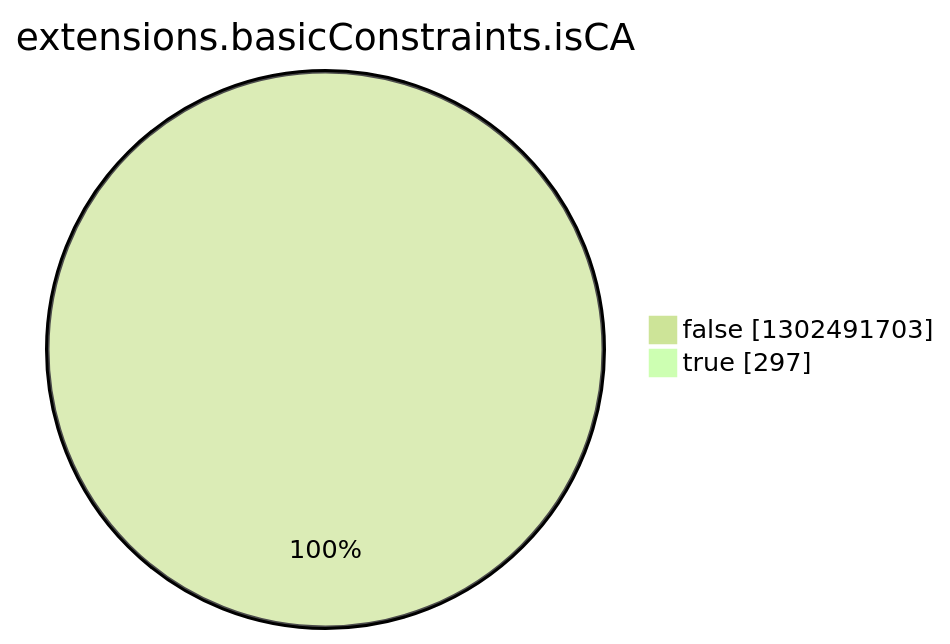
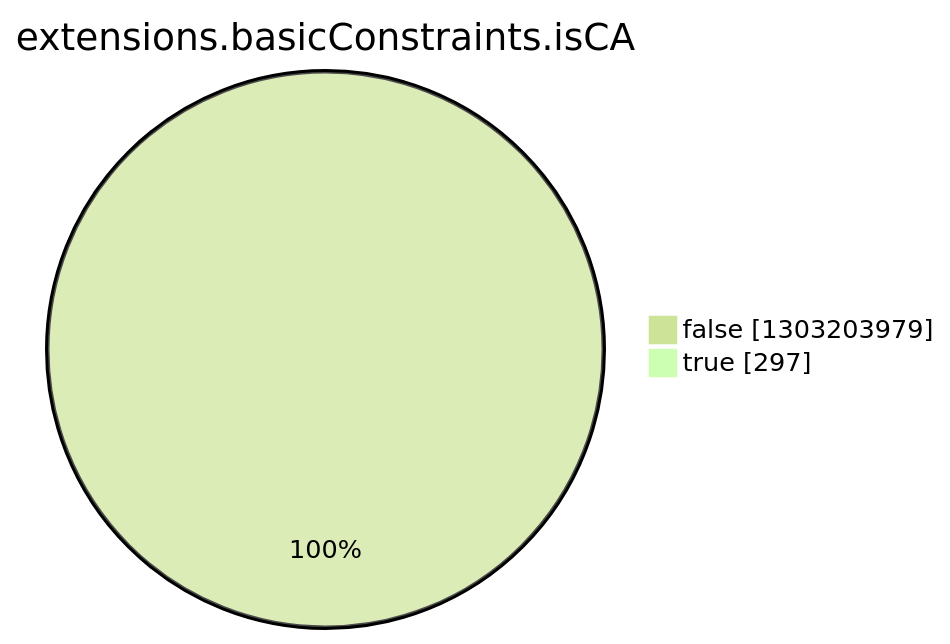
The eighth of 15 diagrams in argon2022/README.md (christiankrug/ctmonitor_visualization), drawn with Mermaid (forest theme) before and after one commit. The commit also changed other lines of this file, not shown here.

````diff
--- a/argon2022/README.md
+++ b/argon2022/README.md
@@ -2757,6 +2757,6 @@
 ```mermaid
 pie showData
 title extensions.basicConstraints.isCA
-"false" :1302491703
+"false" :1303203979
 "true" :297
 ```
````
